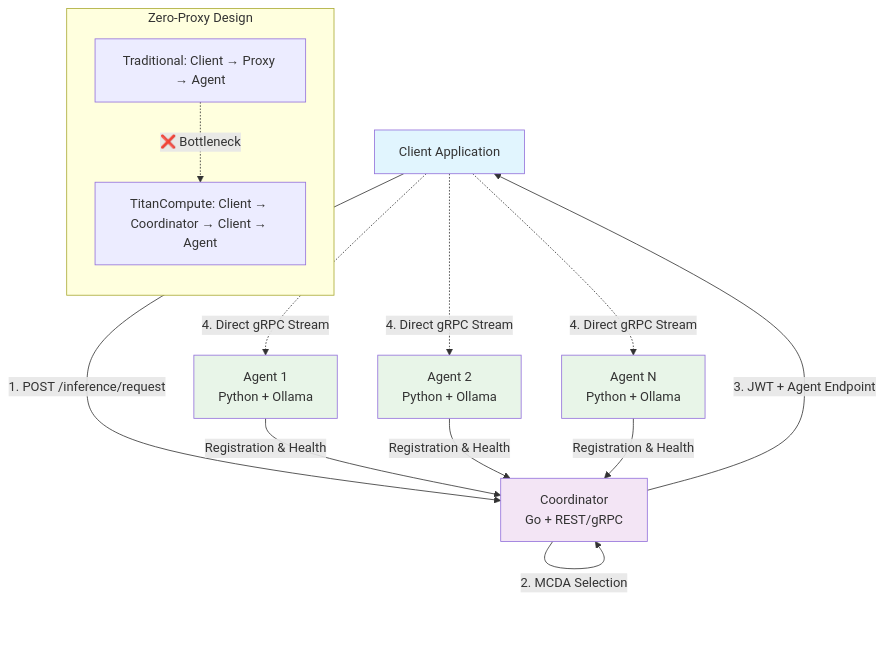
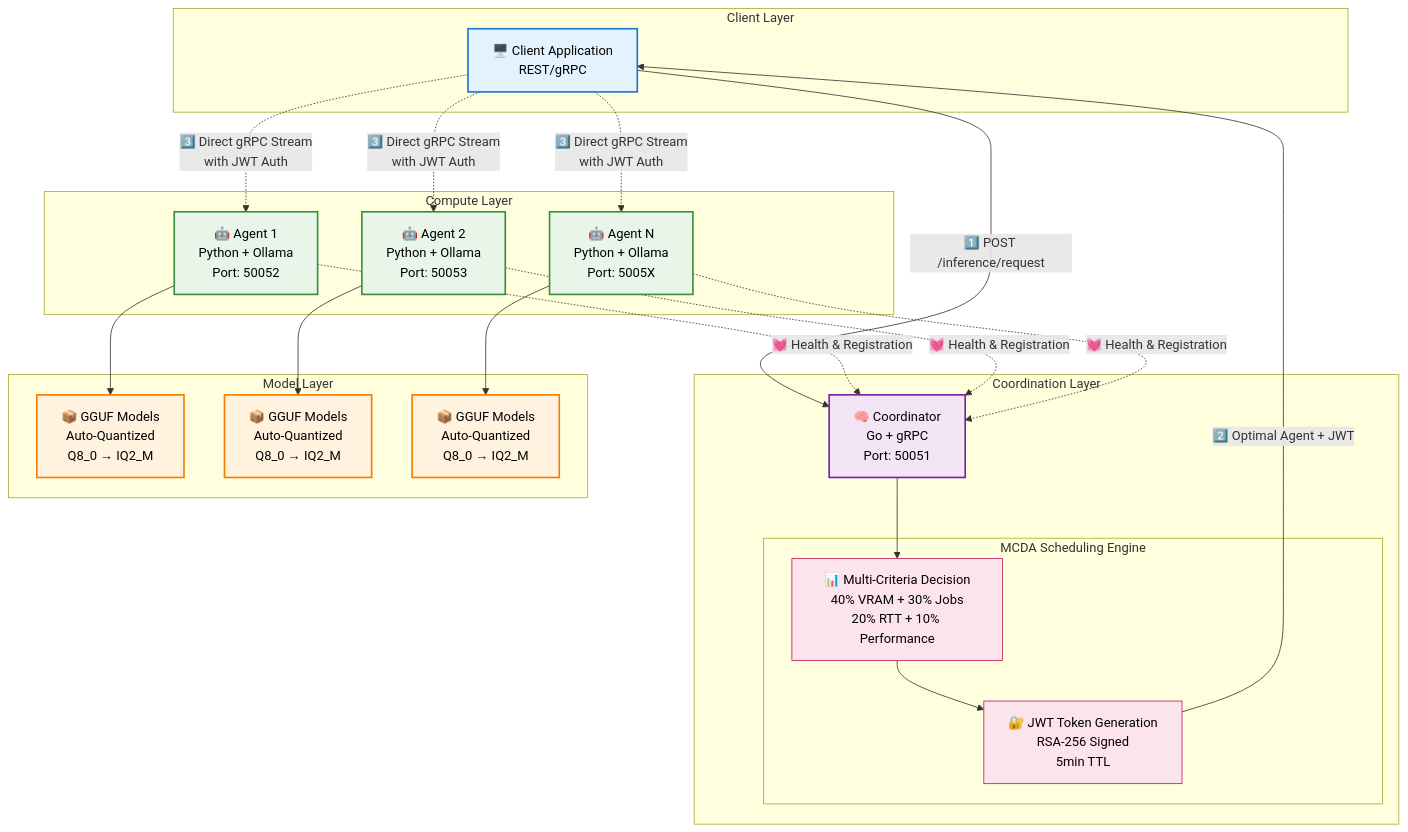
Before and after one commit to agkavin/TitanCompute: the first of 2 diagrams in README.md, drawn with Mermaid. The commit also changed other lines of this file, not shown here.

Commit message:
update: mermaid diagram

````diff
--- a/README.md
+++ b/README.md
@@ -20,32 +20,61 @@
 ```mermaid
-graph TB
-    Client[Client Application]
-    Coordinator[Coordinator<br/>Go + REST/gRPC]
-    Agent1[Agent 1<br/>Python + Ollama]
-    Agent2[Agent 2<br/>Python + Ollama]
-    Agent3[Agent N<br/>Python + Ollama]
-    
-    Client -->|1. POST /inference/request| Coordinator
-    Coordinator -->|2. MCDA Selection| Coordinator
-    Coordinator -->|3. JWT + Agent Endpoint| Client
-    Client -.->|4. Direct gRPC Stream| Agent1
-    Client -.->|4. Direct gRPC Stream| Agent2
-    Client -.->|4. Direct gRPC Stream| Agent3
-    
-    Agent1 -->|Registration & Health| Coordinator
-    Agent2 -->|Registration & Health| Coordinator  
-    Agent3 -->|Registration & Health| Coordinator
-    
-    subgraph "Zero-Proxy Design"
-        direction TB
-        A[Traditional: Client → Proxy → Agent] 
-        B[TitanCompute: Client → Coordinator → Client → Agent]
-        A -.->|❌ Bottleneck| B
+flowchart TD
+    subgraph "Client Layer"
+        C[🖥️ Client Application<br/>REST/gRPC]
     end
     
-    style Client fill:#e1f5fe
-    style Coordinator fill:#f3e5f5
-    style Agent1 fill:#e8f5e8
-    style Agent2 fill:#e8f5e8  
-    style Agent3 fill:#e8f5e8
+    subgraph "Coordination Layer"
+        CO[🧠 Coordinator<br/>Go + gRPC<br/>Port: 50051]
+        
+        subgraph "MCDA Scheduling Engine"
+            MCDA[📊 Multi-Criteria Decision<br/>40% VRAM + 30% Jobs<br/>20% RTT + 10% Performance]
+            JWT[🔐 JWT Token Generation<br/>RSA-256 Signed<br/>5min TTL]
+        end
+    end
+    
+    subgraph "Compute Layer"
+        A1[🤖 Agent 1<br/>Python + Ollama<br/>Port: 50052]
+        A2[🤖 Agent 2<br/>Python + Ollama<br/>Port: 50053]
+        A3[🤖 Agent N<br/>Python + Ollama<br/>Port: 5005X]
+    end
+    
+    subgraph "Model Layer"
+        M1[📦 GGUF Models<br/>Auto-Quantized<br/>Q8_0 → IQ2_M]
+        M2[📦 GGUF Models<br/>Auto-Quantized<br/>Q8_0 → IQ2_M]
+        M3[📦 GGUF Models<br/>Auto-Quantized<br/>Q8_0 → IQ2_M]
+    end
+    
+    %% Request Flow
+    C -->|1️⃣ POST /inference/request| CO
+    CO --> MCDA
+    MCDA --> JWT
+    JWT -->|2️⃣ Optimal Agent + JWT| C
+    
+    %% Direct Streaming (Zero-Proxy)
+    C -.->|3️⃣ Direct gRPC Stream<br/>with JWT Auth| A1
+    C -.->|3️⃣ Direct gRPC Stream<br/>with JWT Auth| A2
+    C -.->|3️⃣ Direct gRPC Stream<br/>with JWT Auth| A3
+    
+    %% Agent Management
+    A1 -.->|💓 Health & Registration| CO
+    A2 -.->|💓 Health & Registration| CO
+    A3 -.->|💓 Health & Registration| CO
+    
+    %% Model Management
+    A1 --> M1
+    A2 --> M2
+    A3 --> M3
+    
+    %% Styling
+    classDef clientStyle fill:#e3f2fd,stroke:#1976d2,stroke-width:2px,color:#000
+    classDef coordStyle fill:#f3e5f5,stroke:#7b1fa2,stroke-width:2px,color:#000
+    classDef agentStyle fill:#e8f5e8,stroke:#388e3c,stroke-width:2px,color:#000
+    classDef modelStyle fill:#fff3e0,stroke:#f57c00,stroke-width:2px,color:#000
+    classDef engineStyle fill:#fce4ec,stroke:#c2185b,stroke-width:1px,color:#000
+    
+    class C clientStyle
+    class CO coordStyle
+    class A1,A2,A3 agentStyle
+    class M1,M2,M3 modelStyle
+    class MCDA,JWT engineStyle
 ```
````
